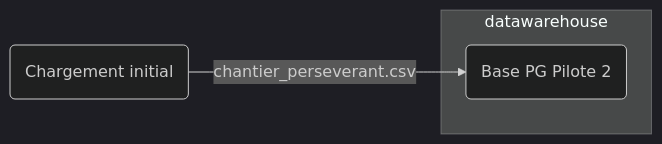
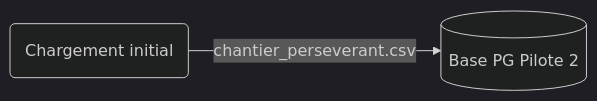
One commit to DITP-pilotage/pilote-2 changed the second of 5 diagrams in data/architecture_data.md. Above: the diagram before and after it, drawn with Mermaid (dark theme). The commit also changed other lines of this file, not shown here.

Commit message:
docs: ajout du schema sur la transformation des donnees (42)

````diff
--- a/data/architecture_data.md
+++ b/data/architecture_data.md
@@ -27,7 +24,4 @@
 ``` mermaid
 graph LR
-SFTP(Chargement initial) --> |chantier_perseverant.csv| PG(Base PG Pilote 2)
-subgraph datawarehouse
-    PG
-end
+SFTP(Chargement initial) --> |chantier_perseverant.csv| PG[(Base PG Pilote 2)]
 ```
````
